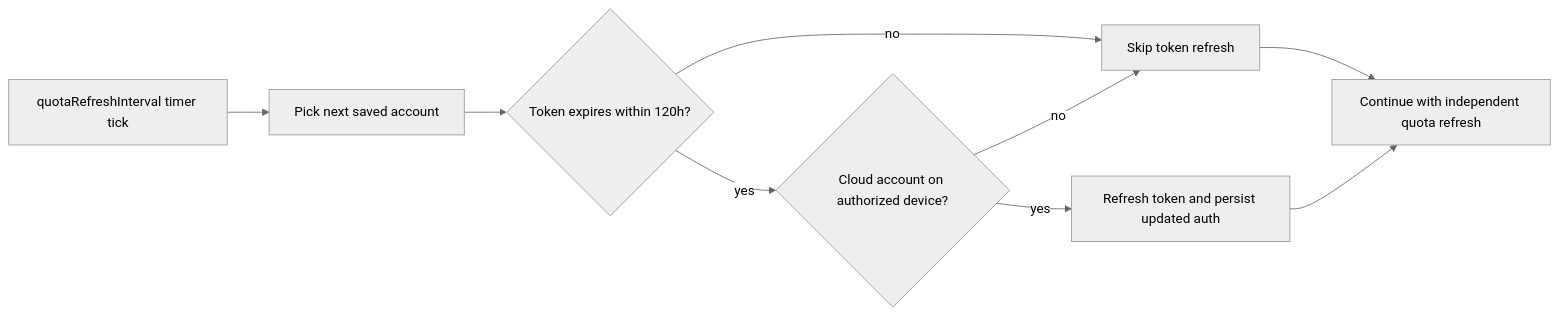
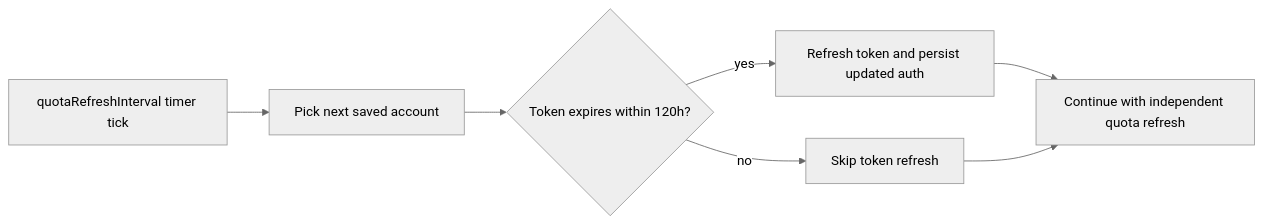
One commit to jqknono/codex-account-switch changed the diagram in docs/token-auto-refresh.md. Above: the diagram before and after it, drawn with Mermaid (neutral theme). The commit also changed other lines of this file and 14 other files, not shown here.

First line of the commit message:
refactor(auth): remove legacy cloud device authority

````diff
--- a/docs/token-auto-refresh.md
+++ b/docs/token-auto-refresh.md
@@ -15,11 +15,9 @@
 ```mermaid
 flowchart LR
   A[quotaRefreshInterval timer tick] --> B[Pick next saved account]
   B --> C{Token expires within 120h?}
   C -->|no| D[Skip token refresh]
-  C -->|yes| E{Cloud account on authorized device?}
-  E -->|no| D
-  E -->|yes| F[Refresh token and persist updated auth]
+  C -->|yes| F[Refresh token and persist updated auth]
   F --> G[Continue with independent quota refresh]
   D --> G
 ```
````
